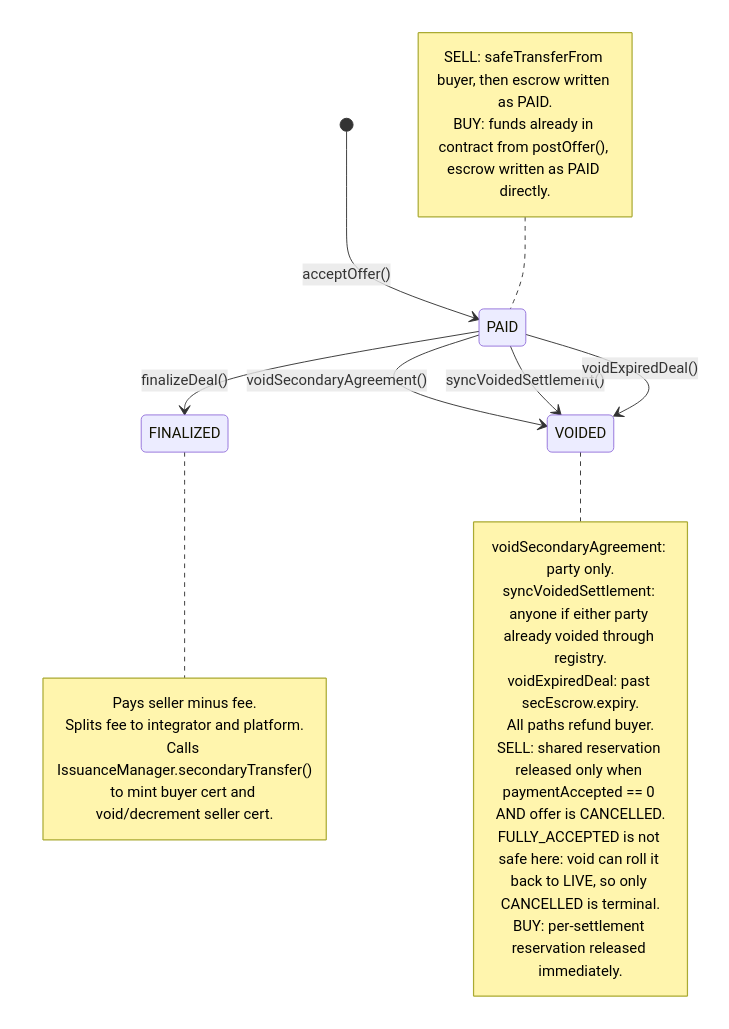
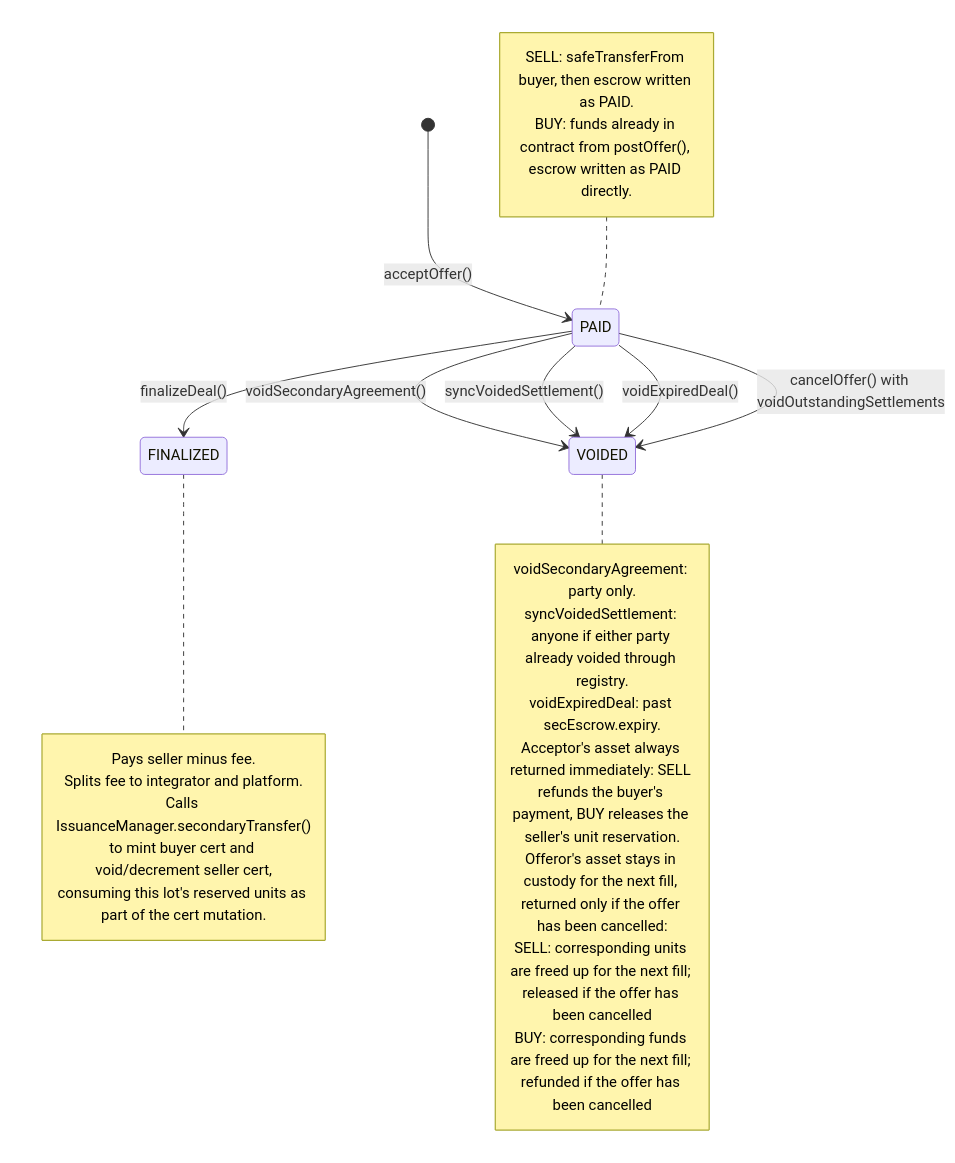
The second of 6 diagrams in specs/analysis/dealManager secondary trades.md (MetaLex-Tech/cybercorps-contracts), drawn with Mermaid before and after one commit. The commit also changed other lines of this file and 4 other files, not shown here.

Commit message:
feat: cancelOffer with voidOutstandingSettlements. Misc fixes

````diff
--- a/specs/analysis/dealManager secondary trades.md
+++ b/specs/analysis/dealManager secondary trades.md
@@ -52,27 +70,29 @@
 ```mermaid
 stateDiagram-v2
     [*] --> PAID: acceptOffer()
     PAID --> FINALIZED: finalizeDeal()
     PAID --> VOIDED: voidSecondaryAgreement()
     PAID --> VOIDED: syncVoidedSettlement()
     PAID --> VOIDED: voidExpiredDeal()
+    PAID --> VOIDED: cancelOffer() with voidOutstandingSettlements
     note left of PAID
         SELL: safeTransferFrom buyer, then escrow written as PAID.
         BUY: funds already in contract from postOffer(), escrow written as PAID directly.
     end note
     note right of FINALIZED
         Pays seller minus fee.
         Splits fee to integrator and platform.
         Calls IssuanceManager.secondaryTransfer()
-        to mint buyer cert and void/decrement seller cert.
+        to mint buyer cert and void/decrement seller cert,
+        consuming this lot's reserved units as part of the cert mutation.
     end note
     note right of VOIDED
         voidSecondaryAgreement: party only.
         syncVoidedSettlement: anyone if either party already voided through registry.
         voidExpiredDeal: past secEscrow.expiry.
-        All paths refund buyer.
-        SELL: shared reservation released only when paymentAccepted == 0 AND offer is CANCELLED.
-        FULLY_ACCEPTED is not safe here: void can roll it back to LIVE, so only CANCELLED is terminal.
-        BUY: per-settlement reservation released immediately.
+        Acceptor's asset always returned immediately: SELL refunds the buyer's payment, BUY releases the seller's unit reservation.
+        Offeror's asset stays in custody for the next fill, returned only if the offer has been cancelled:
+        SELL: corresponding units are freed up for the next fill; released if the offer has been cancelled
+        BUY: corresponding funds are freed up for the next fill; refunded if the offer has been cancelled
     end note
 ```
````
